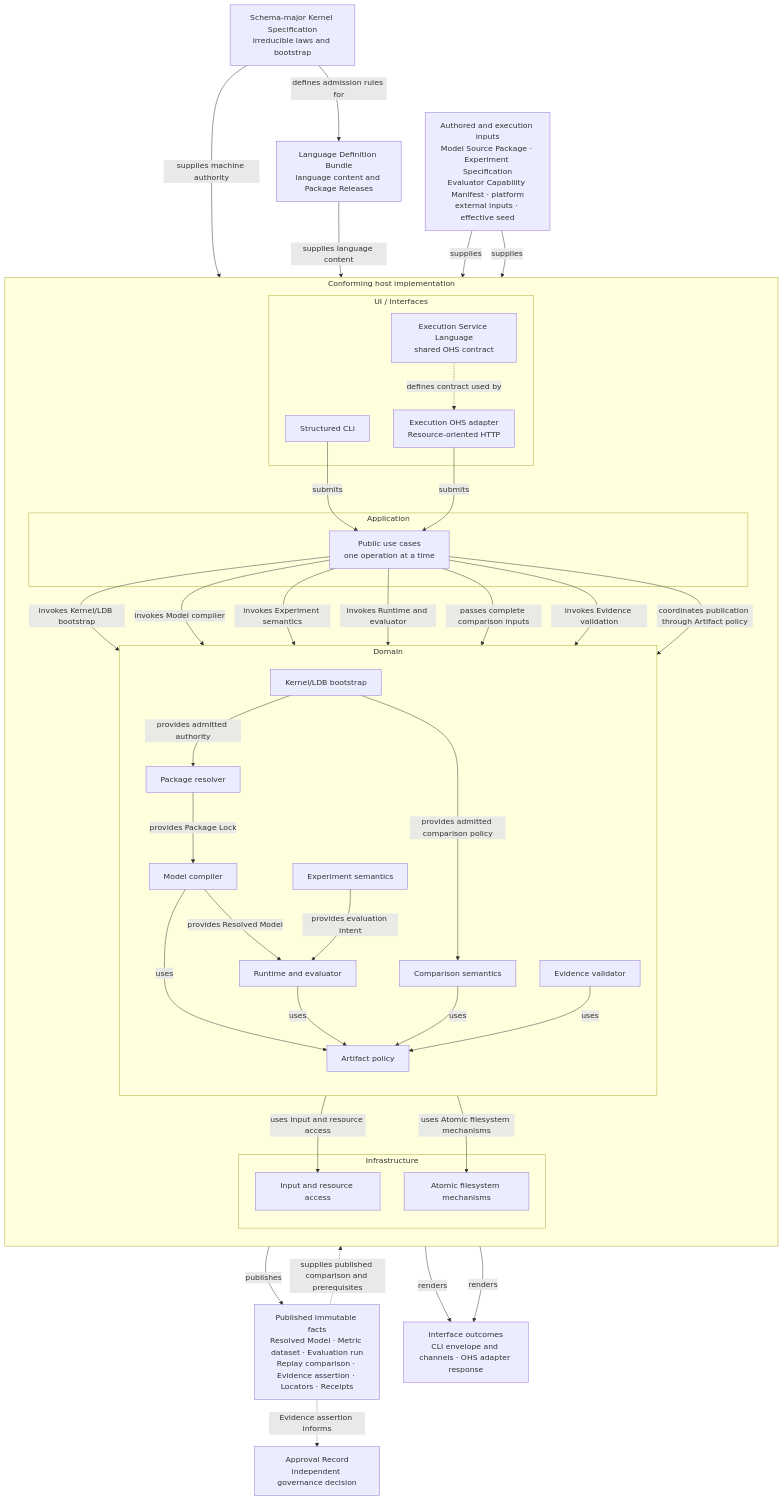
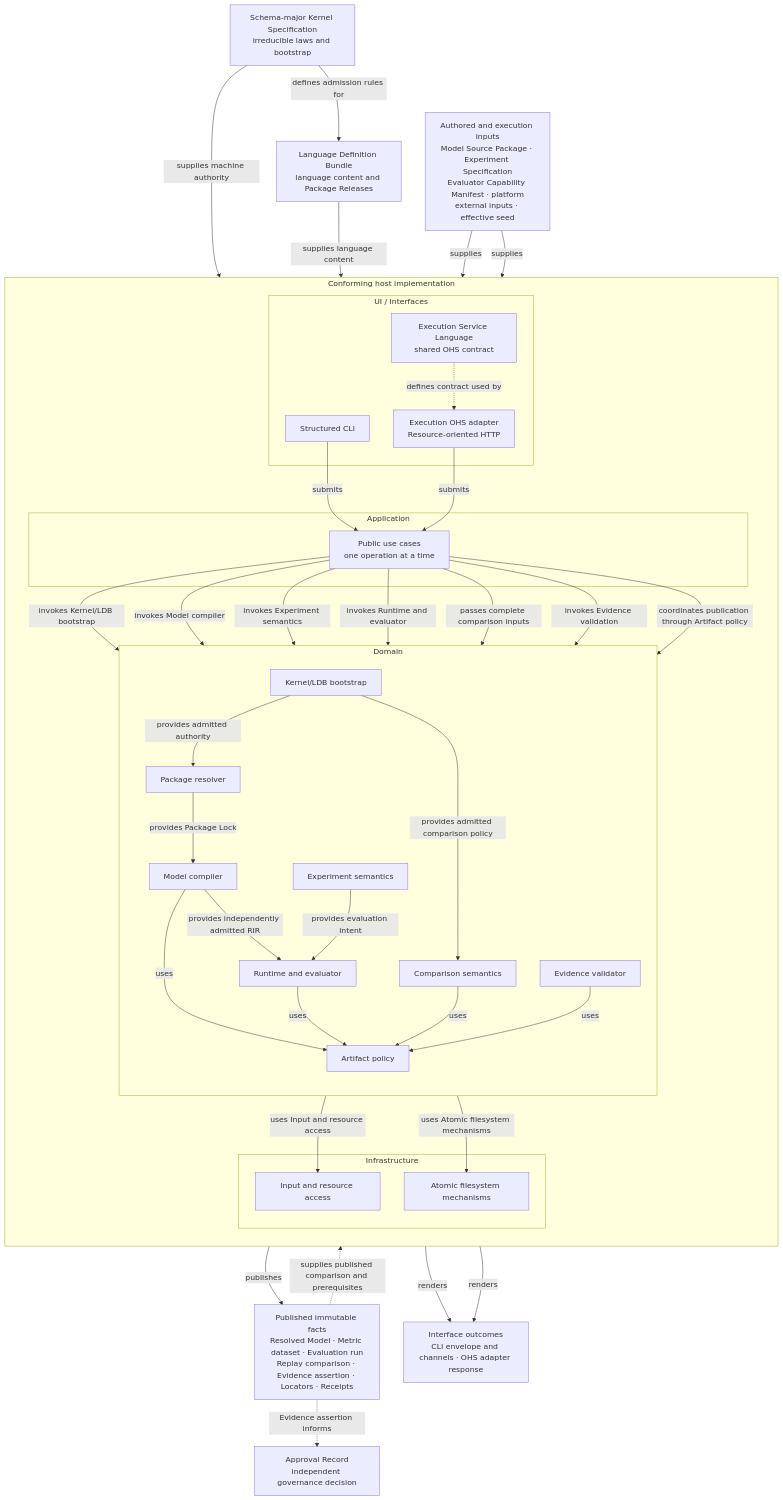
The first of 4 diagrams in libs/gda-balancing/docs/ARCHITECTURE.md (aigengame/godot-agent), drawn with Mermaid before and after one commit. The commit also changed other lines of this file and 21 other files, not shown here.

````diff
--- a/libs/gda-balancing/docs/ARCHITECTURE.md
+++ b/libs/gda-balancing/docs/ARCHITECTURE.md
@@ -176,73 +177,73 @@
 ```mermaid
 flowchart TB
     K["Schema-major Kernel Specification<br/>irreducible laws and bootstrap"]
     L["Language Definition Bundle<br/>language content and Package Releases"]
     H["Authored and execution inputs<br/>Model Source Package · Experiment Specification<br/>Evaluator Capability Manifest · platform<br/>external inputs · effective seed"]
 
     K -->|"defines admission rules for"| L
 
     subgraph HOST["Conforming host implementation"]
         direction TB
         subgraph UI["UI / Interfaces"]
             U["Structured CLI"]
             T["Execution OHS adapter<br/>Resource-oriented HTTP"]
             E["Execution Service Language<br/>shared OHS contract"]
 
             E -. "defines contract used by" .-> T
         end
         subgraph APP["Application"]
             A["Public use cases<br/>one operation at a time"]
         end
         subgraph DOM["Domain"]
             direction TB
             B["Kernel/LDB bootstrap"]
             P["Package resolver"]
             C["Model compiler"]
             X["Experiment semantics"]
             R["Runtime and evaluator"]
             M["Comparison semantics"]
             V["Evidence validator"]
             Q["Artifact policy"]
 
             B -->|"provides admitted authority"| P
             B -->|"provides admitted comparison policy"| M
             P -->|"provides Package Lock"| C
-            C -->|"provides Resolved Model"| R
+            C -->|"provides independently admitted RIR"| R
             X -->|"provides evaluation intent"| R
             C -->|uses| Q
             R -->|uses| Q
             M -->|uses| Q
             V -->|uses| Q
         end
         subgraph INF["Infrastructure"]
             I["Input and resource access"]
             F["Atomic filesystem mechanisms"]
         end
 
         U -->|submits| A
         T -->|submits| A
         A -->|"invokes Kernel/LDB bootstrap"| B
         A -->|"invokes Model compiler"| C
         A -->|"invokes Experiment semantics"| X
         A -->|"invokes Runtime and evaluator"| R
         A -->|"passes complete comparison inputs"| M
         A -->|"invokes Evidence validation"| V
         A -->|"coordinates publication through Artifact policy"| Q
         B -->|"uses Input and resource access"| I
         Q -->|"uses Atomic filesystem mechanisms"| F
     end
 
     O["Published immutable facts<br/>Resolved Model · Metric dataset · Evaluation run<br/>Replay comparison · Evidence assertion · Locators · Receipts"]
     S["Interface outcomes<br/>CLI envelope and channels · OHS adapter response"]
     G["Approval Record<br/>independent governance decision"]
 
     K -->|"supplies machine authority"| B
     L -->|"supplies language content"| B
     H -->|supplies| U
     H -->|supplies| T
     Q -->|publishes| O
     O -. "supplies published comparison and prerequisites" .-> V
     U -->|renders| S
     T -->|renders| S
     O -. "Evidence assertion informs" .-> G
 ```
````
